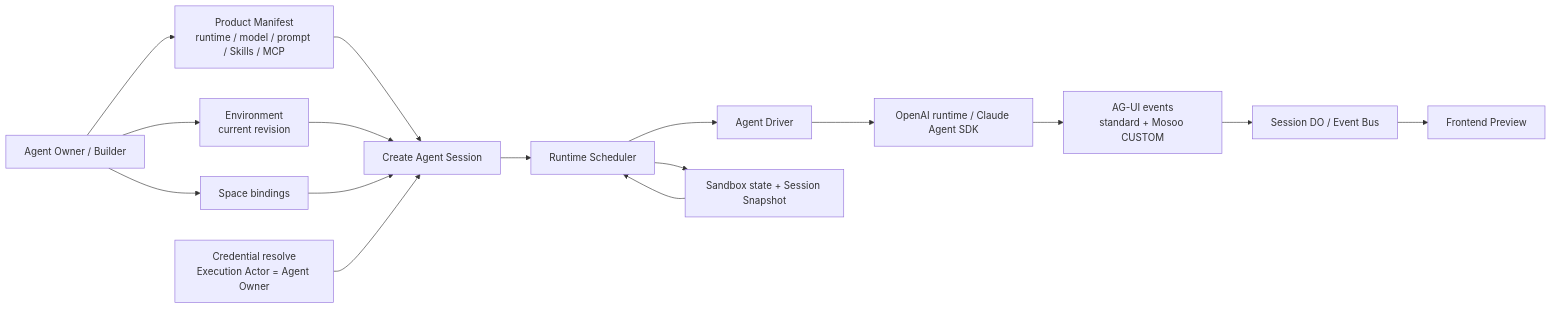
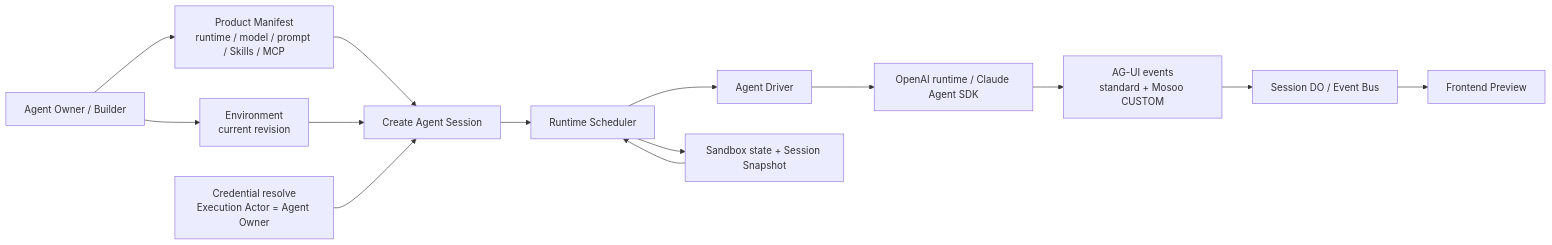
Before and after one commit to langgenius/mosoo: the first of 5 diagrams in docs/prd/runtime-session-kernel.md, drawn with Mermaid. The commit also changed other lines of this file and 14 other files, not shown here.

````diff
--- a/docs/prd/runtime-session-kernel.md
+++ b/docs/prd/runtime-session-kernel.md
@@ -86,18 +86,16 @@
 ```mermaid
 flowchart LR
   Builder["Agent Owner / Builder"] --> Manifest["Product Manifest<br/>runtime / model / prompt / Skills / MCP"]
   Builder --> Env["Environment<br/>current revision"]
-  Builder --> Spaces["Space bindings"]
   Manifest --> Session["Create Agent Session"]
   Env --> Session
-  Spaces --> Session
   Cred["Credential resolve<br/>Execution Actor = Agent Owner"] --> Session
   Session --> Runtime["Runtime Scheduler"]
   Runtime --> Driver["Agent Driver"]
   Driver --> Native["OpenAI runtime / Claude Agent SDK"]
   Native --> DriverEvents["AG-UI events<br/>standard + Mosoo CUSTOM"]
   DriverEvents --> SessionDO["Session DO / Event Bus"]
   SessionDO --> Preview["Frontend Preview"]
   Runtime --> State["Sandbox state + Session Snapshot"]
   State --> Runtime
 ```
````
